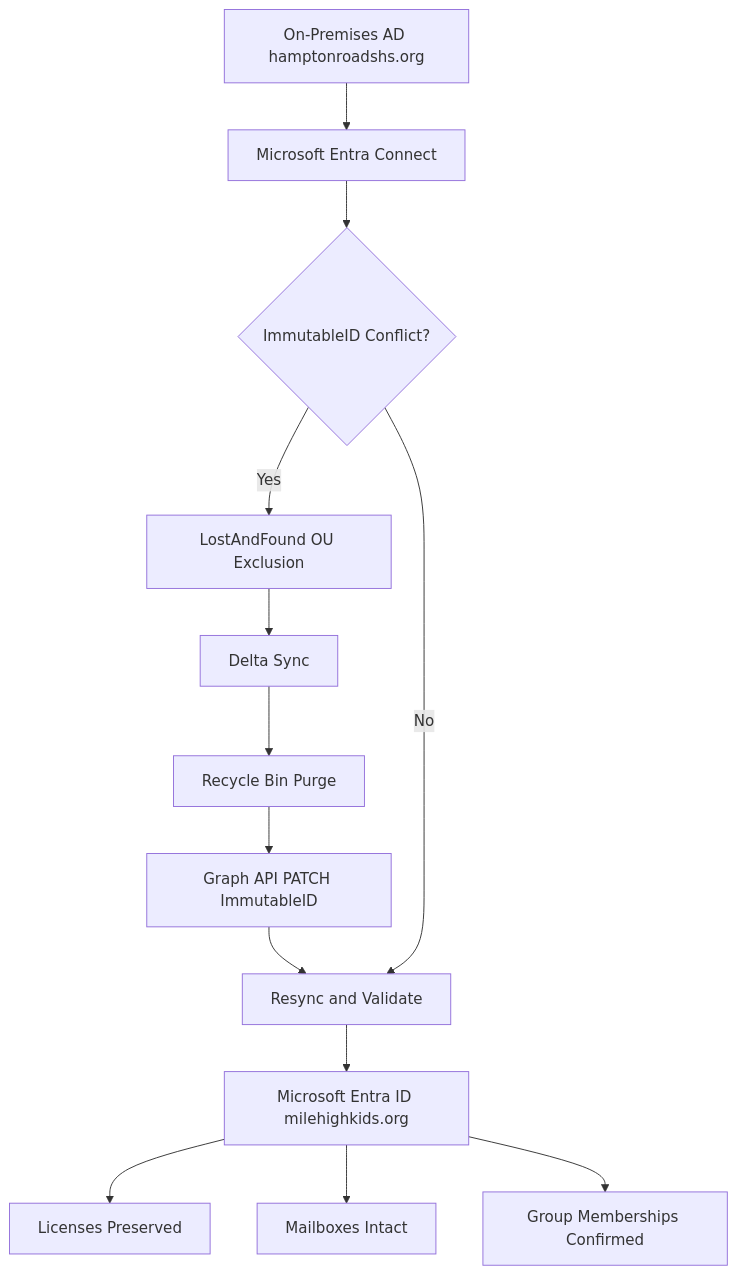
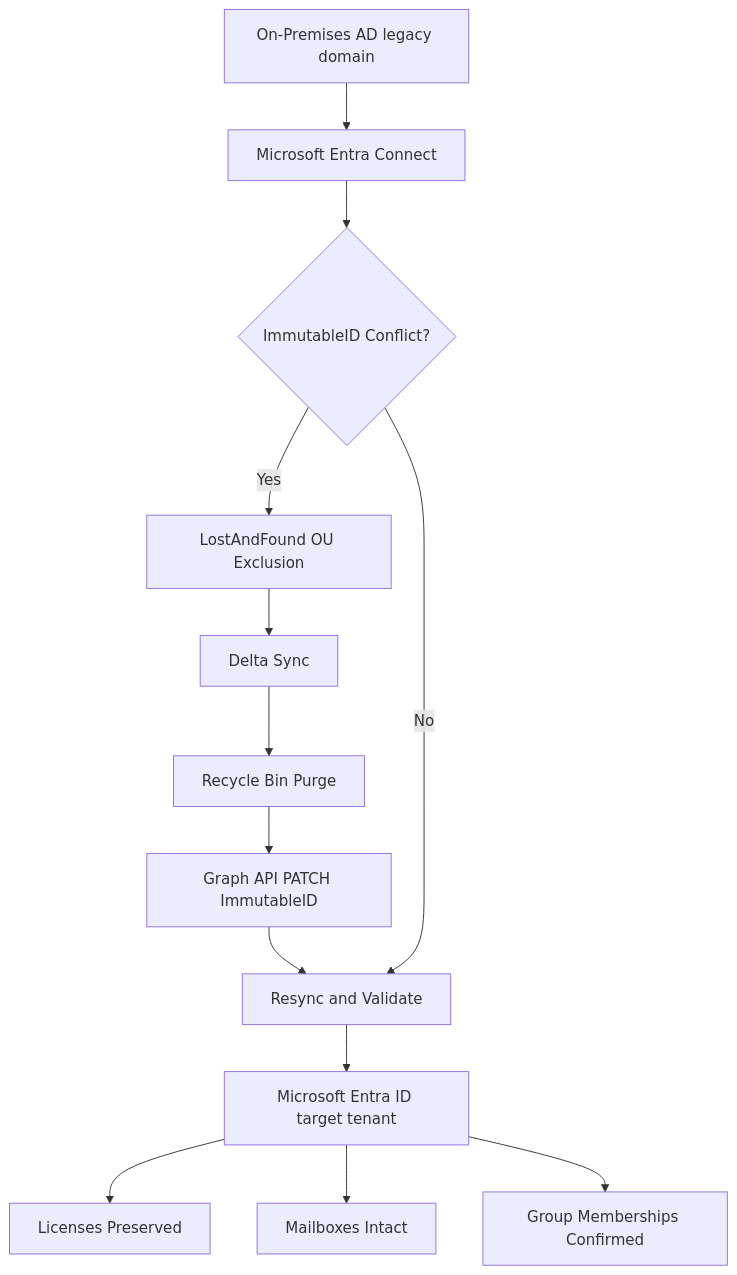
One commit to KSWISHA9/IAM-007-Enterprise-Hybrid-Identity-Migration changed the diagram in README.md. Above: the diagram before and after it, drawn with Mermaid. The commit also changed other lines of this file, not shown here.

````diff
--- a/README.md
+++ b/README.md
@@ -35,15 +35,15 @@
 ```mermaid
 flowchart TD
-    A[On-Premises AD hamptonroadshs.org] --> B[Microsoft Entra Connect]
+    A[On-Premises AD legacy domain] --> B[Microsoft Entra Connect]
     B --> C{ImmutableID Conflict?}
     C -->|Yes| D[LostAndFound OU Exclusion]
     D --> E[Delta Sync]
     E --> F[Recycle Bin Purge]
     F --> G[Graph API PATCH ImmutableID]
     G --> H[Resync and Validate]
     C -->|No| H
-    H --> I[Microsoft Entra ID milehighkids.org]
+    H --> I[Microsoft Entra ID target tenant]
     I --> J[Licenses Preserved]
     I --> K[Mailboxes Intact]
     I --> L[Group Memberships Confirmed]
 ```
````
